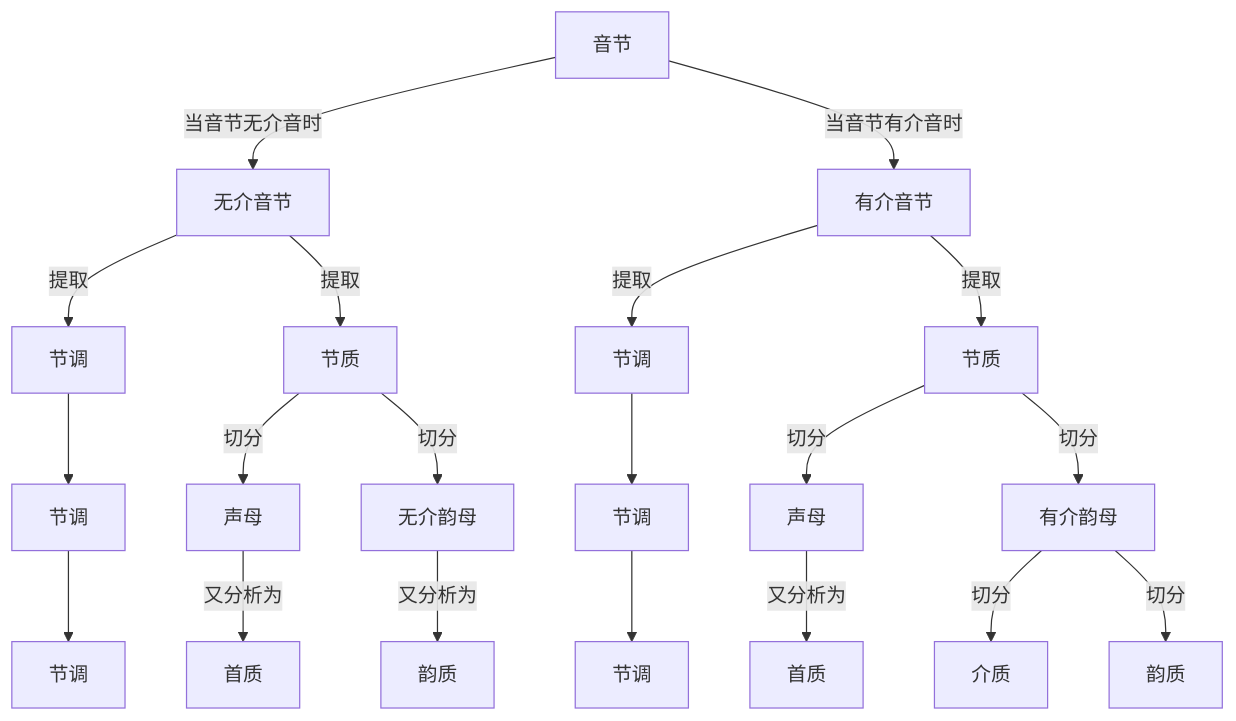
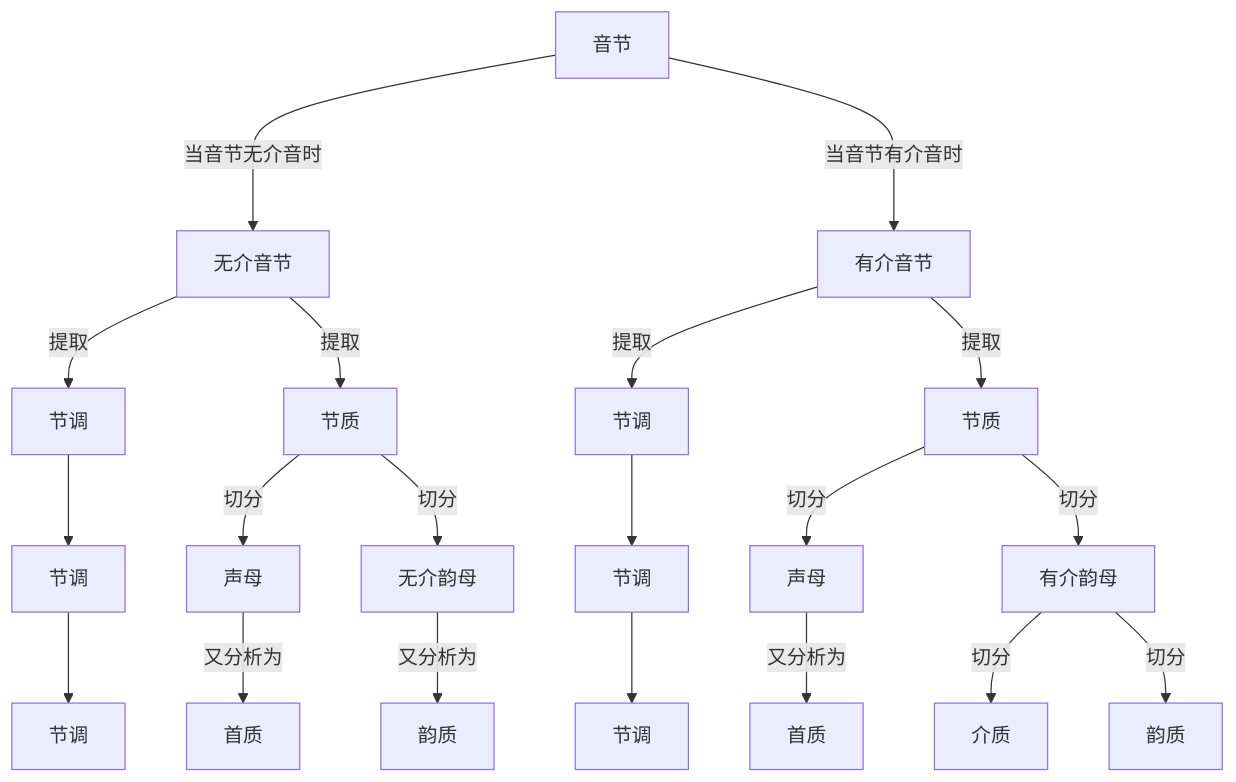
Before and after one commit to tsaanghwang/Yime-prototype: the diagram in YIME_Theory/flowchart/一调三质分析二式.mmd, drawn with Mermaid. The commit also changed 12 other files, not shown here.

```diff
--- a/YIME_Theory/flowchart/一调三质分析二式.mmd
+++ b/YIME_Theory/flowchart/一调三质分析二式.mmd
@@ -1,27 +1,27 @@
 
 graph TB
-    A[音节] --> |当音节无介音时|B[无介音节]
-    A --> |当音节有介音时|C[有介音节]
+    A[音节] ---> |当音节无介音时|B[无介音节]
+    A ---> |当音节有介音时|C[有介音节]
 
     B --> |提取|D[节调]
     B --> |提取|E[节质]
 
     C --> |提取|F[节调]
     C --> |提取|G[节质]
 
     D --> H[节调]
     E --> |切分|I[声母]
     E --> |切分|J[无介韵母]
 
     F --> K[节调]
     G --> |切分|L[声母]
     G --> |切分|M[有介韵母]
 
     H --> N[节调]
     I --> |又分析为|O[首质]
     J --> |又分析为|P[韵质]
 
     K --> Q[节调]
     L --> |又分析为|R[首质]
     M --> |切分|S[介质]
     M --> |切分|T[韵质]
```
